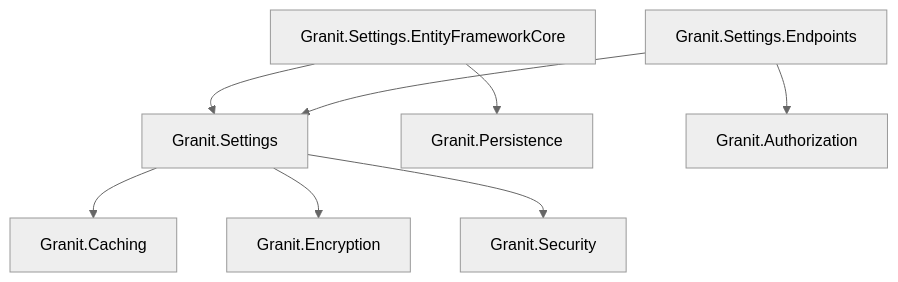
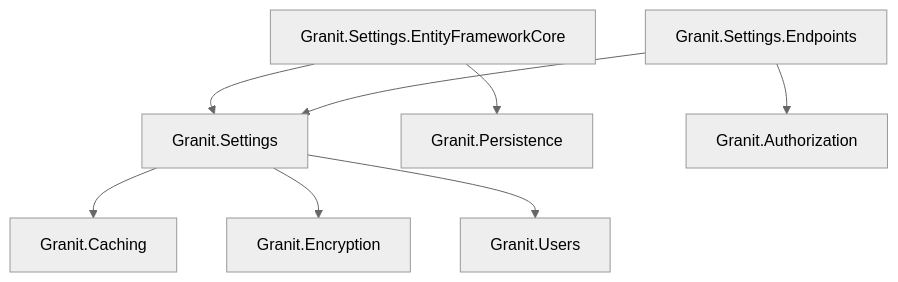
One commit to granit-fx/granit-dotnet changed the first of 2 diagrams in docs-site/src/content/docs/dotnet/infrastructure/application-settings.mdx. Above: the diagram before and after it, drawn with Mermaid (neutral theme). The commit also changed other lines of this file and 153 other files, not shown here.

````diff
--- a/docs-site/src/content/docs/dotnet/infrastructure/application-settings.mdx
+++ b/docs-site/src/content/docs/dotnet/infrastructure/application-settings.mdx
@@ -33,10 +33,10 @@
 ```mermaid
 graph TD
     S[Granit.Settings] --> CA[Granit.Caching]
     S --> EN[Granit.Encryption]
-    S --> SE[Granit.Security]
+    S --> SE[Granit.Users]
     SEF[Granit.Settings.EntityFrameworkCore] --> S
     SEF --> P[Granit.Persistence]
     SEP[Granit.Settings.Endpoints] --> S
     SEP --> A[Granit.Authorization]
 ```
````
